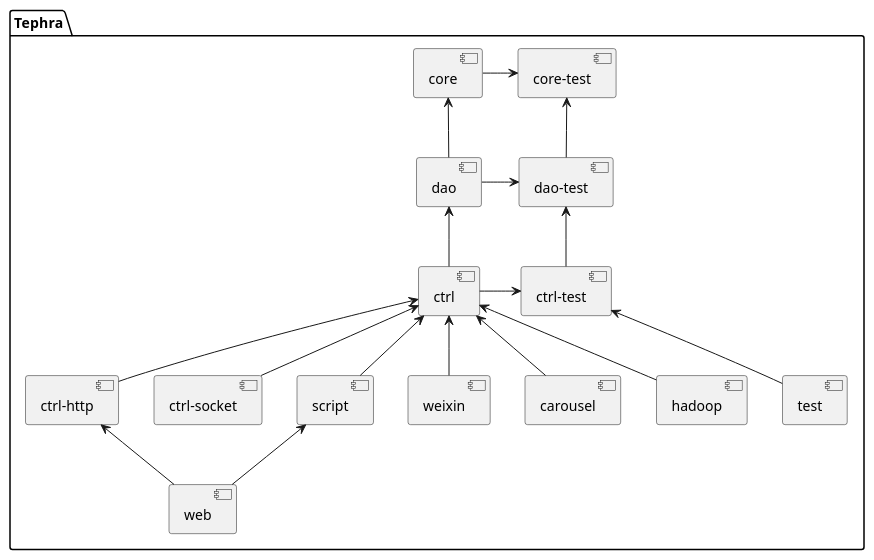
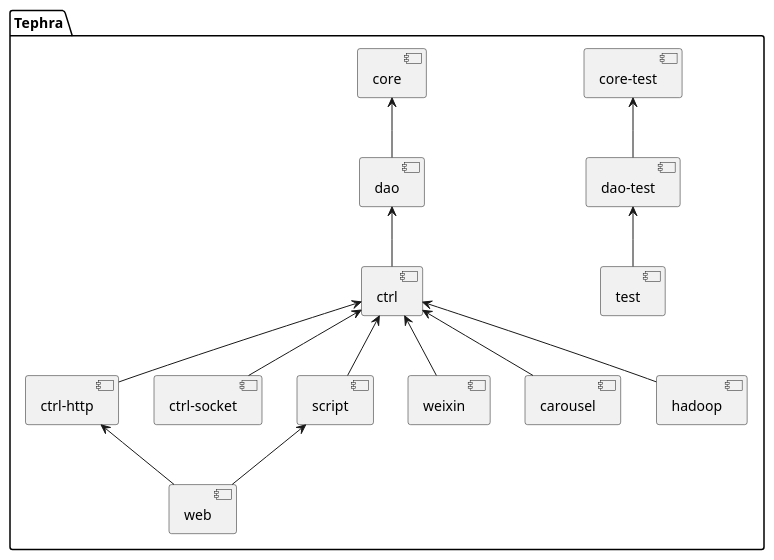
The diagram in doc/uml/front/first/module.puml (wangscript007/tephra), drawn with PlantUML before and after one commit. The commit also changed 46 other files, not shown here.

```diff
--- a/doc/uml/front/first/module.puml
+++ b/doc/uml/front/first/module.puml
@@ -1,23 +1,19 @@
 @startuml
 
 package Tephra {
+[core-test] <-- [dao-test]
+[dao-test] <-- [test]
+
 [core] <-- [dao]
 [dao] <-- [ctrl]
 [ctrl] <-- [ctrl-http]
 [ctrl] <-- [ctrl-socket]
 [ctrl] <-- [script]
 [ctrl] <-- [weixin]
 [ctrl] <-- [carousel]
 [ctrl] <-- [hadoop]
 [script] <-- [web]
 [ctrl-http] <-- [web]
-
-[core-test] <-l- [core]
-[dao-test] <-l- [dao]
-[core-test] <-- [dao-test]
-[ctrl-test] <-l- [ctrl]
-[dao-test] <-- [ctrl-test]
-[ctrl-test] <-- [test]
 }
 
 @enduml
```
